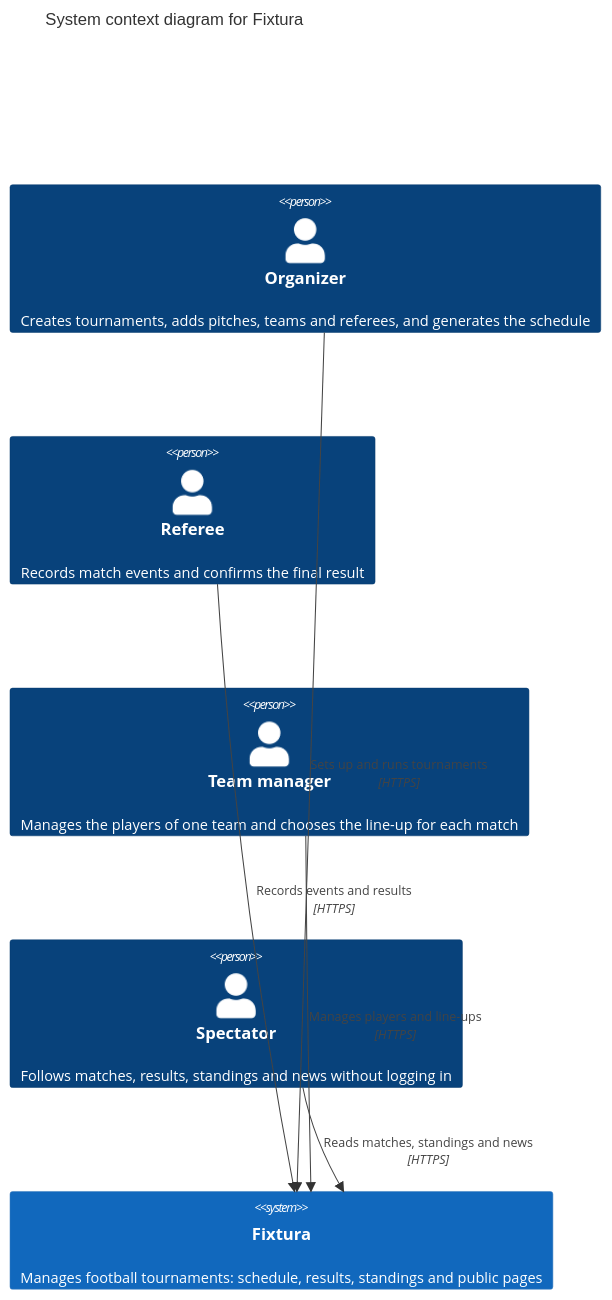
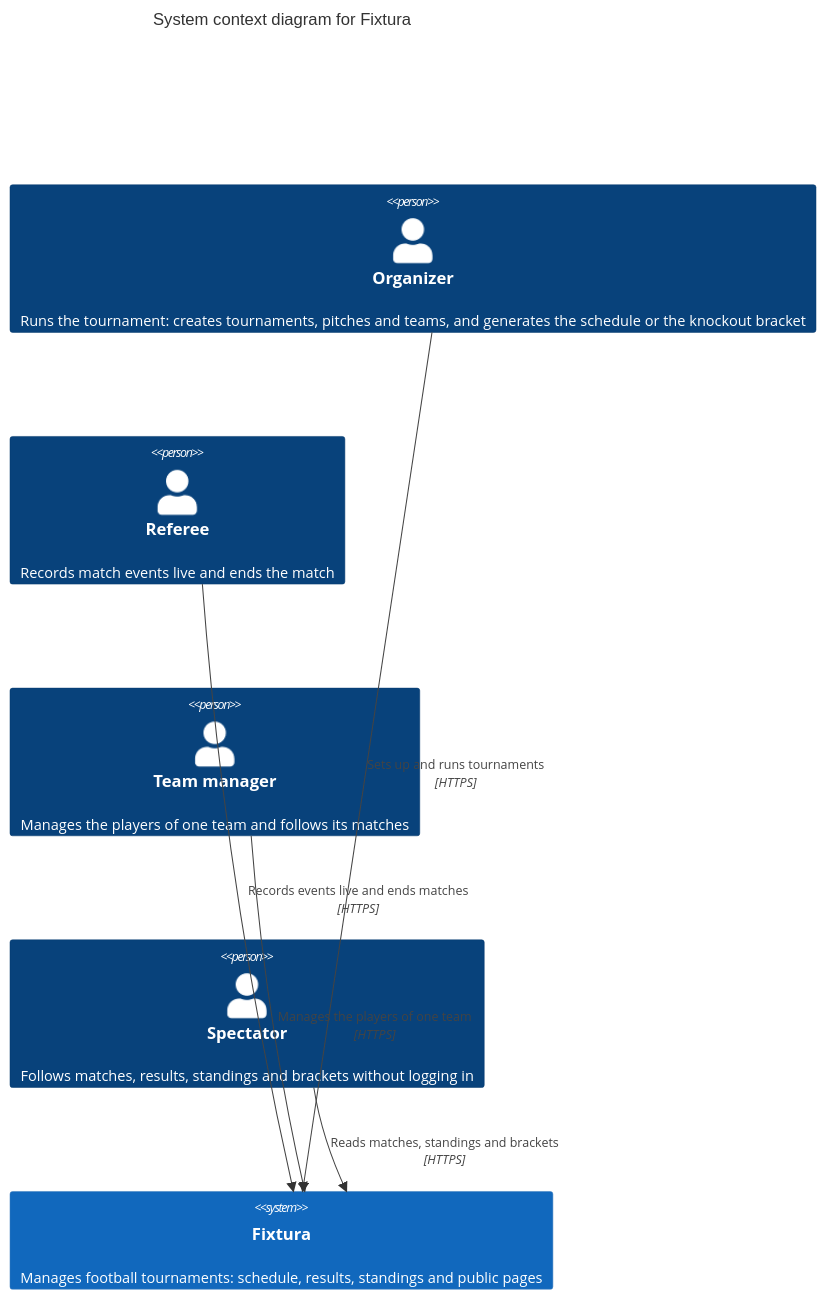
The diagram in docs/architecture/02-c4-context.md (Abel1829/fixtura), drawn with Mermaid before and after one commit. The commit also changed other lines of this file, not shown here.

Commit message:
c4 contect for fixtura

````diff
--- a/docs/architecture/02-c4-context.md
+++ b/docs/architecture/02-c4-context.md
@@ -20,16 +19,16 @@
 ```mermaid
 C4Context
   title System context diagram for Fixtura
 
-  Person(organizer, "Organizer", "Creates tournaments, adds pitches, teams and referees, and generates the schedule")
-  Person(referee, "Referee", "Records match events and confirms the final result")
-  Person(manager, "Team manager", "Manages the players of one team and chooses the line-up for each match")
-  Person(spectator, "Spectator", "Follows matches, results, standings and news without logging in")
+  Person(organizer, "Organizer", "Runs the tournament: creates tournaments, pitches and teams, and generates the schedule or the knockout bracket")
+  Person(referee, "Referee", "Records match events live and ends the match")
+  Person(manager, "Team manager", "Manages the players of one team and follows its matches")
+  Person(spectator, "Spectator", "Follows matches, results, standings and brackets without logging in")
 
   System(fixtura, "Fixtura", "Manages football tournaments: schedule, results, standings and public pages")
 
   Rel(organizer, fixtura, "Sets up and runs tournaments", "HTTPS")
-  Rel(referee, fixtura, "Records events and results", "HTTPS")
-  Rel(manager, fixtura, "Manages players and line-ups", "HTTPS")
-  Rel(spectator, fixtura, "Reads matches, standings and news", "HTTPS")
+  Rel(referee, fixtura, "Records events live and ends matches", "HTTPS")
+  Rel(manager, fixtura, "Manages the players of one team", "HTTPS")
+  Rel(spectator, fixtura, "Reads matches, standings and brackets", "HTTPS")
 ```
````
